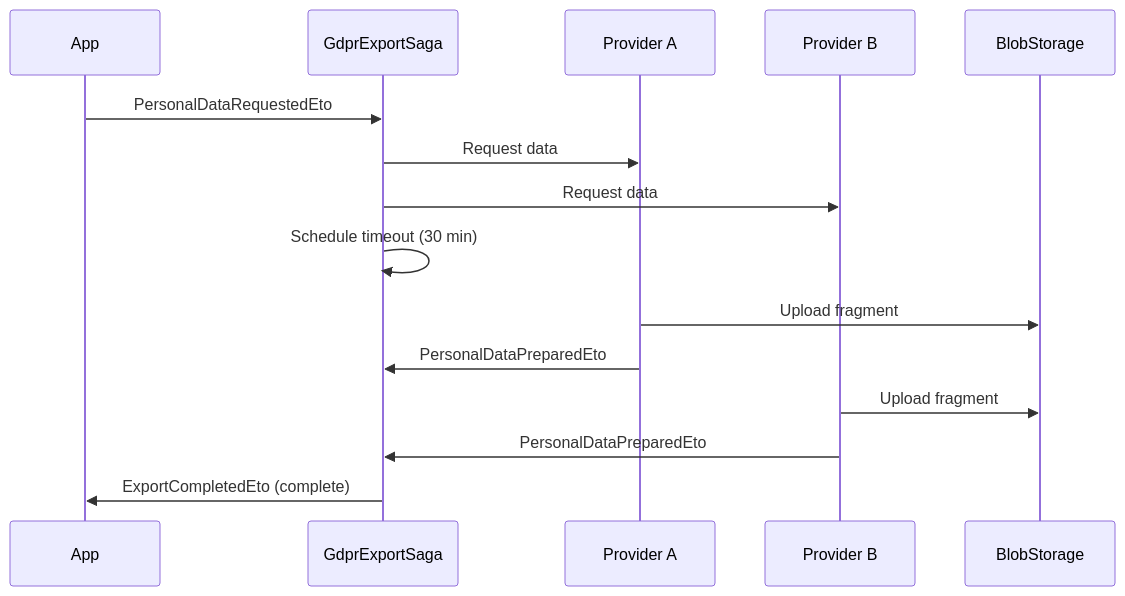
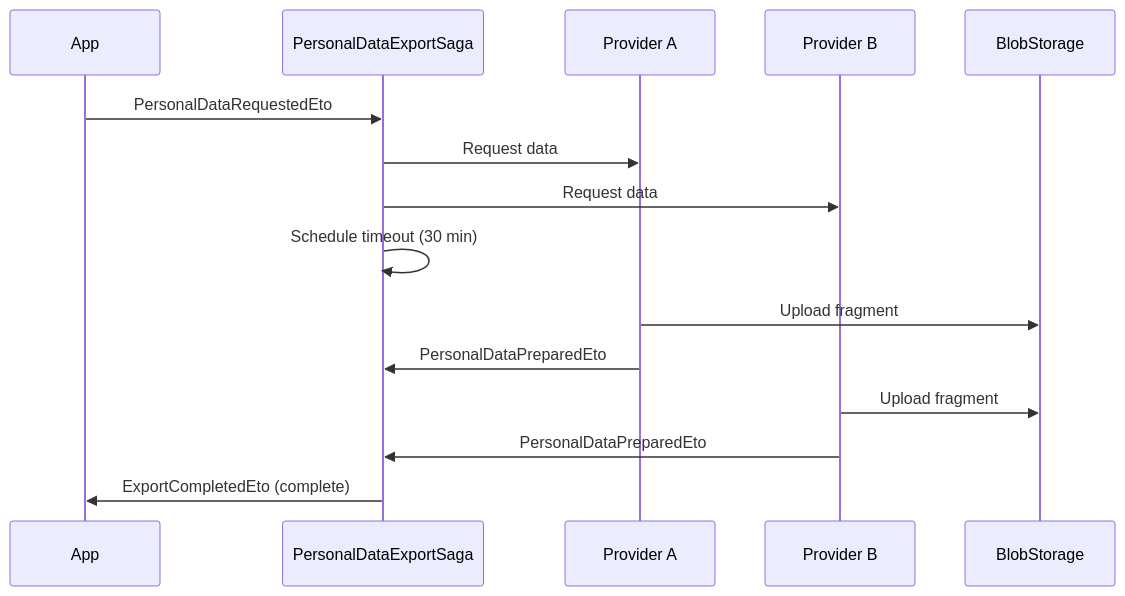
One commit to granit-fx/granit-dotnet changed the second of 2 diagrams in docs-site/src/content/docs/dotnet/architecture/patterns/saga-process-manager.md. Above: the diagram before and after it, drawn with Mermaid. The commit also changed other lines of this file and 73 other files, not shown here.

````diff
--- a/docs-site/src/content/docs/dotnet/architecture/patterns/saga-process-manager.md
+++ b/docs-site/src/content/docs/dotnet/architecture/patterns/saga-process-manager.md
@@ -31,18 +31,18 @@
 ```mermaid
 sequenceDiagram
     participant App
-    participant Saga as GdprExportSaga
+    participant Saga as PersonalDataExportSaga
     participant P1 as Provider A
     participant P2 as Provider B
     participant Blob as BlobStorage
 
     App->>Saga: PersonalDataRequestedEto
     Saga->>P1: Request data
     Saga->>P2: Request data
     Saga->>Saga: Schedule timeout (30 min)
     P1->>Blob: Upload fragment
     P1->>Saga: PersonalDataPreparedEto
     P2->>Blob: Upload fragment
     P2->>Saga: PersonalDataPreparedEto
     Saga->>App: ExportCompletedEto (complete)
 ```
````
